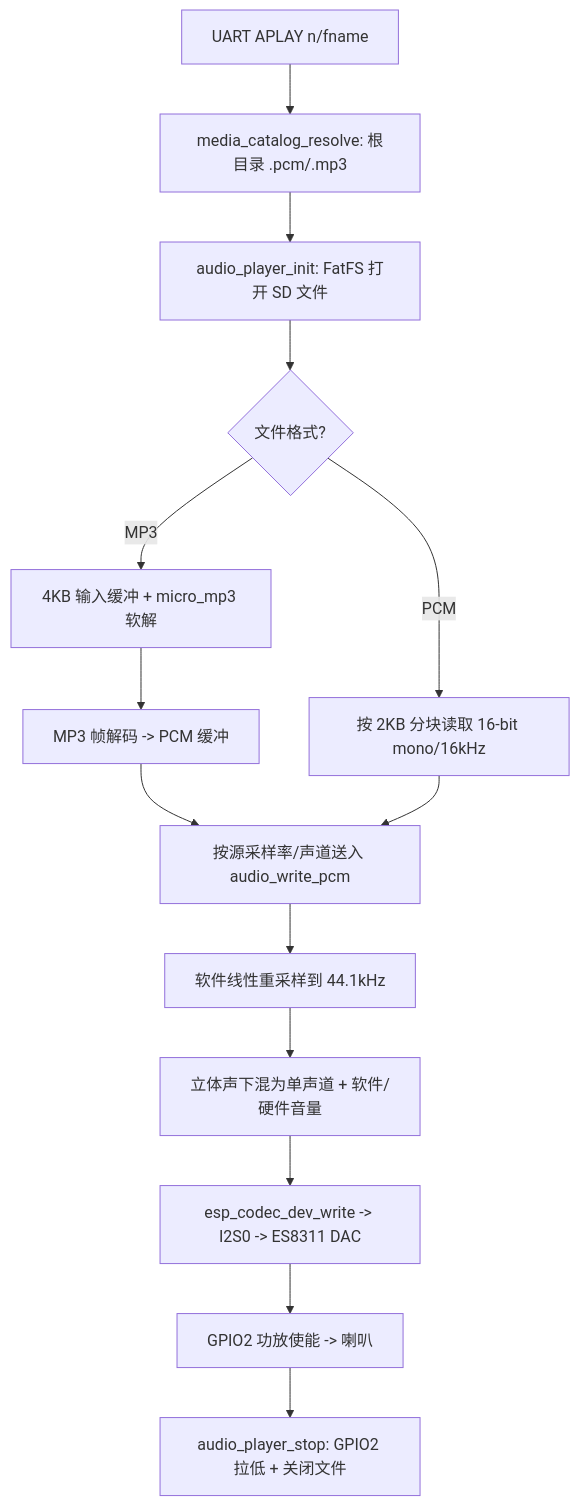
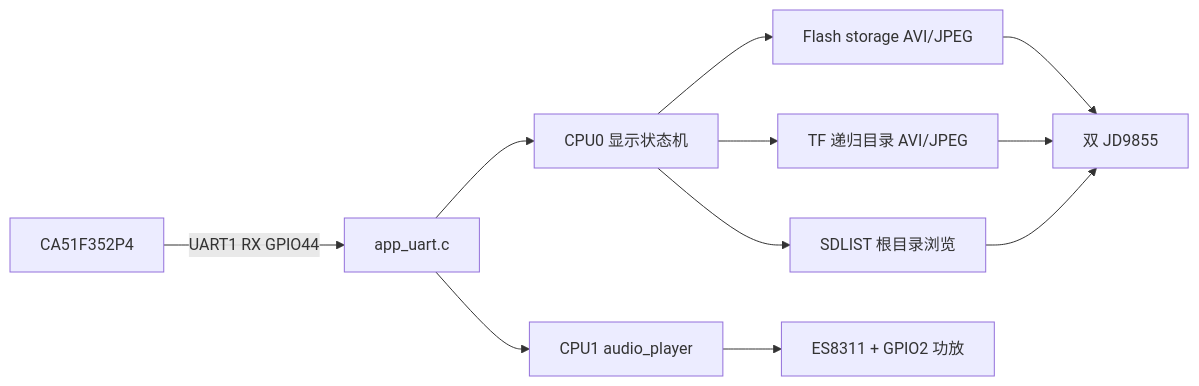
The second of 3 diagrams in info/Map/media_pipeline_archify.md (Mamekokwai/ESP32S3_Eye_protection_instrument), drawn with Mermaid before and after one commit. The commit also changed other lines of this file and 39 other files, not shown here.

````diff
--- a/info/Map/media_pipeline_archify.md
+++ b/info/Map/media_pipeline_archify.md
@@ -95,16 +23,13 @@
 ```mermaid
-flowchart TD
-    A[UART APLAY n/fname] --> B[media_catalog_resolve: 根目录 .pcm/.mp3]
-    B --> C[audio_player_init: FatFS 打开 SD 文件]
-    C --> D{文件格式?}
-    D -->|PCM| E[按 2KB 分块读取 16-bit mono/16kHz]
-    D -->|MP3| F[4KB 输入缓冲 + micro_mp3 软解]
-    F --> G[MP3 帧解码 -> PCM 缓冲]
-    G --> H[按源采样率/声道送入 audio_write_pcm]
-    E --> H
-    H --> I[软件线性重采样到 44.1kHz]
-    I --> J[立体声下混为单声道 + 软件/硬件音量]
-    J --> K[esp_codec_dev_write -> I2S0 -> ES8311 DAC]
-    K --> L[GPIO2 功放使能 -> 喇叭]
-    L --> M[audio_player_stop: GPIO2 拉低 + 关闭文件]
+flowchart LR
+    CA51[CA51F352P4] -->|UART1 RX GPIO44| UART[app_uart.c]
+    UART --> DISPLAY[CPU0 显示状态机]
+    UART --> AUDIO[CPU1 audio_player]
+    DISPLAY --> FLASH[Flash storage AVI/JPEG]
+    DISPLAY --> SDMEDIA[TF 递归目录 AVI/JPEG]
+    DISPLAY --> BROWSER[SDLIST 根目录浏览]
+    FLASH --> LCD[双 JD9855]
+    SDMEDIA --> LCD
+    BROWSER --> LCD
+    AUDIO --> ES8311[ES8311 + GPIO2 功放]
 ```
````
